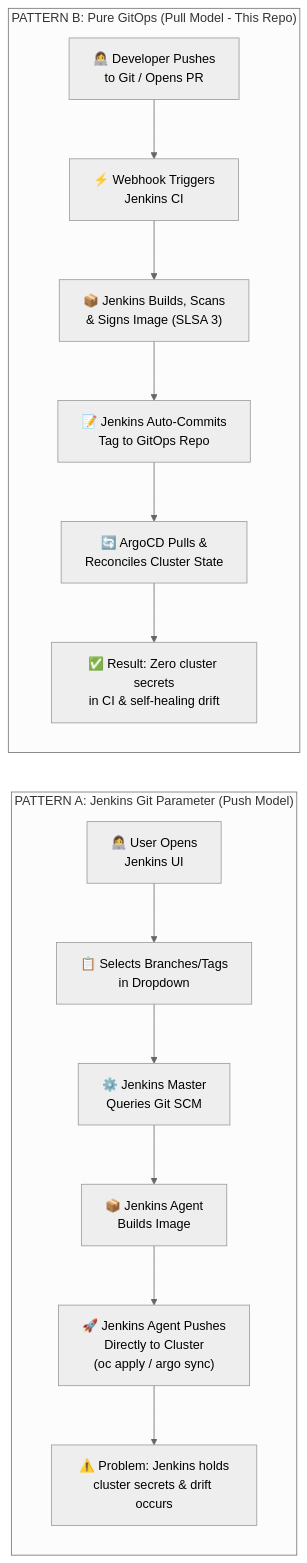
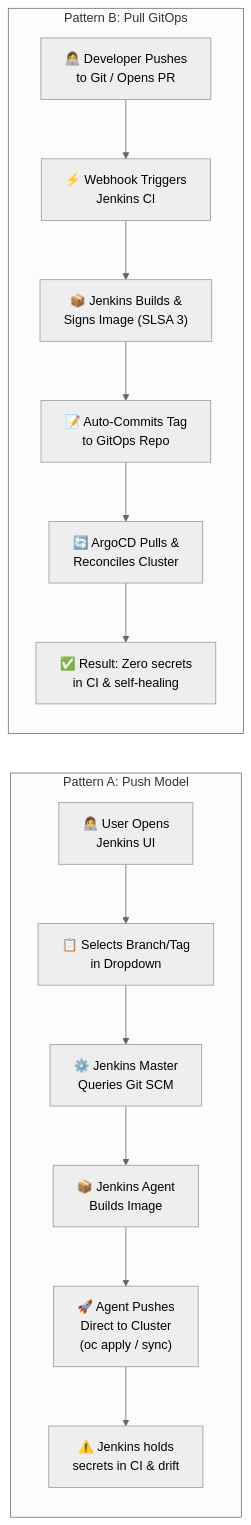
Before and after one commit to nubenetes/jenkins-without-git-parameter: the eighth of 14 diagrams in README.md, drawn with Mermaid (neutral theme). The commit also changed other lines of this file, not shown here.

Commit message:
fix(mermaid): enforce hard 20-char line limit on all diagram nodes to permanently prevent text clipping on GitHub

````diff
--- a/README.md
+++ b/README.md
@@ -628,20 +627,20 @@
 ```mermaid
 flowchart LR
-    subgraph PatternA["PATTERN A: Jenkins Git Parameter (Push Model)"]
+    subgraph PatternA["Pattern A: Push Model"]
         direction TB
-        A1["👩‍💻 User Opens<br/>Jenkins UI"] --> A2["📋 Selects Branches/Tags<br/>in Dropdown"]
+        A1["👩‍💻 User Opens<br/>Jenkins UI"] --> A2["📋 Selects Branch/Tag<br/>in Dropdown"]
         A2 --> A3["⚙️ Jenkins Master<br/>Queries Git SCM"]
         A3 --> A4["📦 Jenkins Agent<br/>Builds Image"]
-        A4 --> A5["🚀 Jenkins Agent Pushes<br/>Directly to Cluster<br/>(oc apply / argo sync)"]
-        A5 --> A6["⚠️ Problem: Jenkins holds<br/>cluster secrets & drift occurs"]
+        A4 --> A5["🚀 Agent Pushes<br/>Direct to Cluster<br/>(oc apply / sync)"]
+        A5 --> A6["⚠️ Jenkins holds<br/>secrets in CI & drift"]
     end
 
-    subgraph PatternB["PATTERN B: Pure GitOps (Pull Model - This Repo)"]
+    subgraph PatternB["Pattern B: Pull GitOps"]
         direction TB
         B1["👩‍💻 Developer Pushes<br/>to Git / Opens PR"] --> B2["⚡ Webhook Triggers<br/>Jenkins CI"]
-        B2 --> B3["📦 Jenkins Builds, Scans<br/>& Signs Image (SLSA 3)"]
-        B3 --> B4["📝 Jenkins Auto-Commits<br/>Tag to GitOps Repo"]
-        B4 --> B5["🔄 ArgoCD Pulls &<br/>Reconciles Cluster State"]
-        B5 --> B6["✅ Result: Zero cluster secrets<br/>in CI & self-healing drift"]
+        B2 --> B3["📦 Jenkins Builds &<br/>Signs Image (SLSA 3)"]
+        B3 --> B4["📝 Auto-Commits Tag<br/>to GitOps Repo"]
+        B4 --> B5["🔄 ArgoCD Pulls &<br/>Reconciles Cluster"]
+        B5 --> B6["✅ Result: Zero secrets<br/>in CI & self-healing"]
     end
 ```
````
